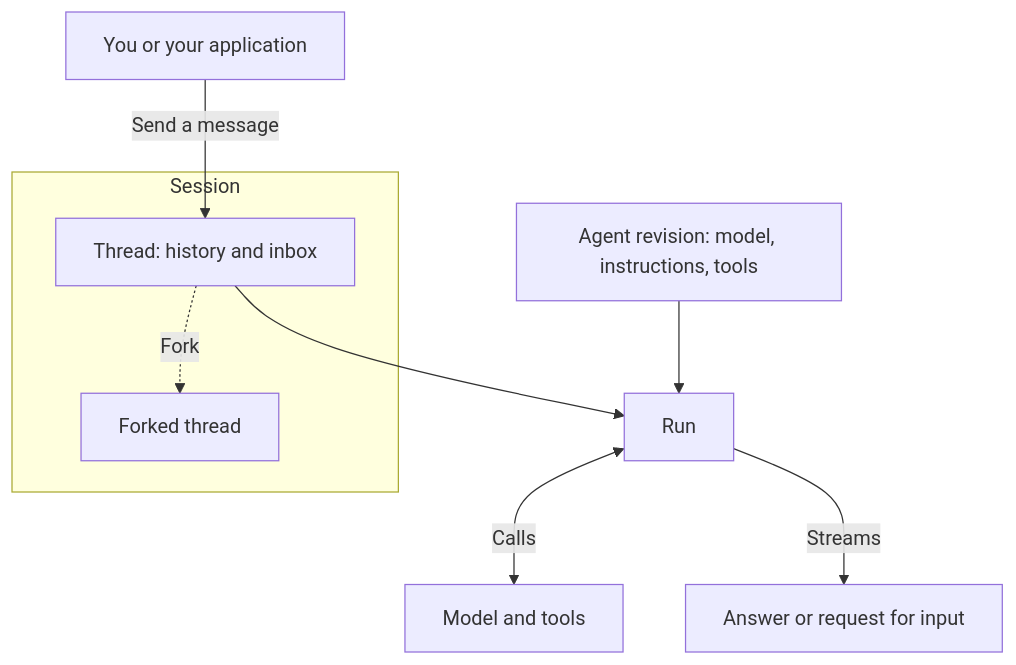
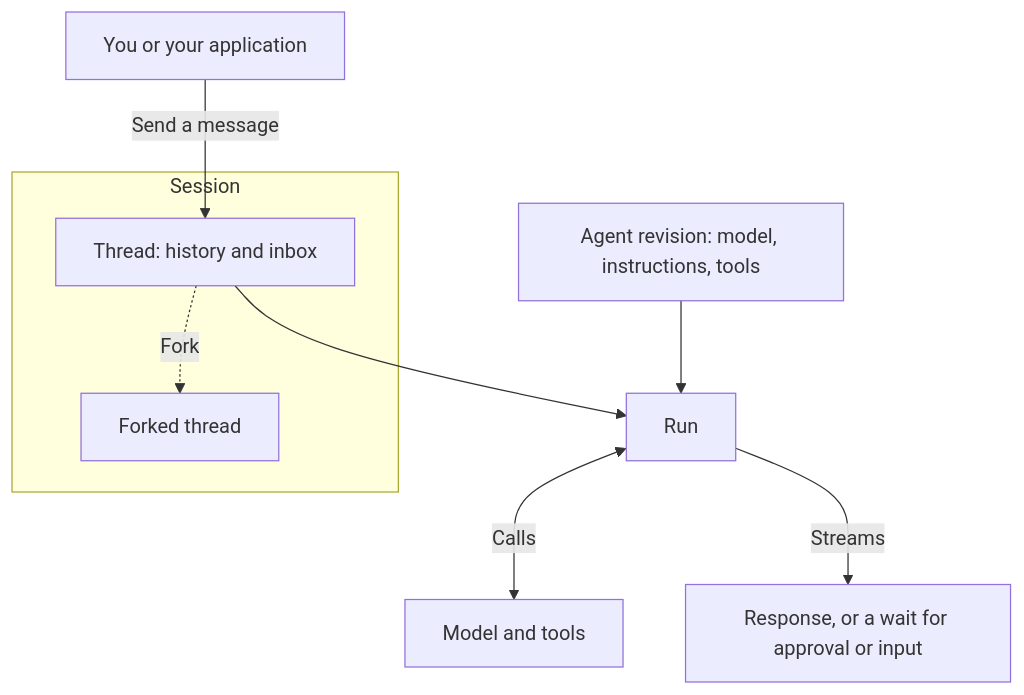
The diagram in docs/overview/core-concepts.md (converge-ai-labs/agent-foundation), drawn with Mermaid before and after one commit. The commit also changed other lines of this file and 199 other files, not shown here.

````diff
--- a/docs/overview/core-concepts.md
+++ b/docs/overview/core-concepts.md
@@ -30,15 +30,15 @@
 ```mermaid
 flowchart TB
     You["You or your application"] -->|"Send a message"| Thread
     subgraph Session["Session"]
         Thread["Thread: history and inbox"] -. "Fork" .-> Fork["Forked thread"]
     end
     Thread --> Run["Run"]
     Agent["Agent revision: model, instructions, tools"] --> Run
     Run <-->|"Calls"| External["Model and tools"]
-    Run -->|"Streams"| Output["Answer or request for input"]
+    Run -->|"Streams"| Output["Response, or a wait for approval or input"]
 
     class You app
     class Run,Agent a13n
     class External ext
 ```
````
